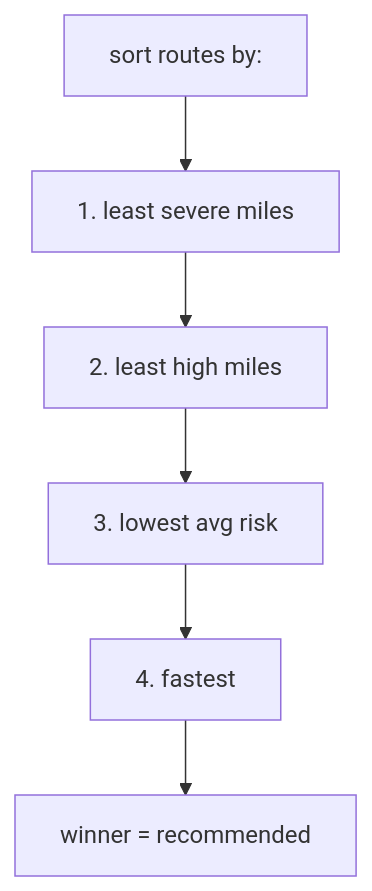
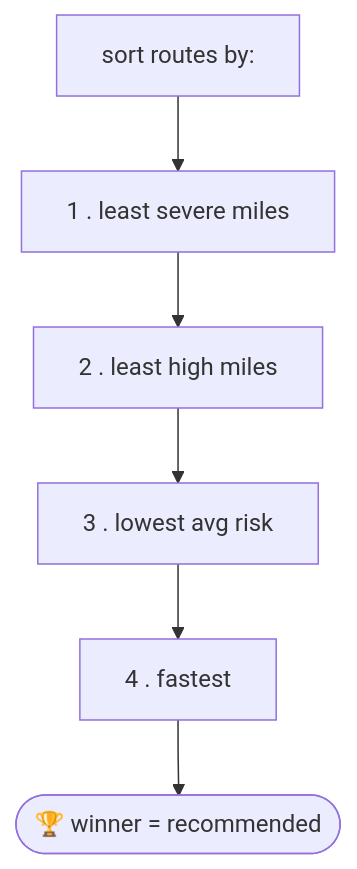
The fourth of 5 diagrams in docs/WALKTHROUGH.md (Maham-Anwaar/truck-routing), drawn with Mermaid before and after one commit. The commit also changed other lines of this file, not shown here.

````diff
--- a/docs/WALKTHROUGH.md
+++ b/docs/WALKTHROUGH.md
@@ -140,8 +185,8 @@
 ```mermaid
 flowchart TD
-    S["sort routes by:"] --> A[1. least severe miles]
-    A --> B[2. least high miles]
-    B --> C[3. lowest avg risk]
-    C --> D[4. fastest]
-    D --> W["winner = recommended"]
+    S["sort routes by:"] --> A[1 . least severe miles]
+    A --> B[2 . least high miles]
+    B --> C[3 . lowest avg risk]
+    C --> D[4 . fastest]
+    D --> W(["🏆 winner = recommended"])
 ```
````
